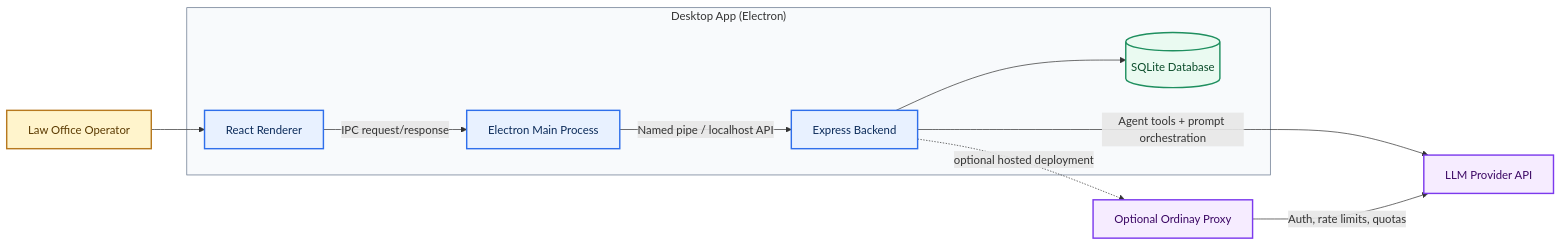
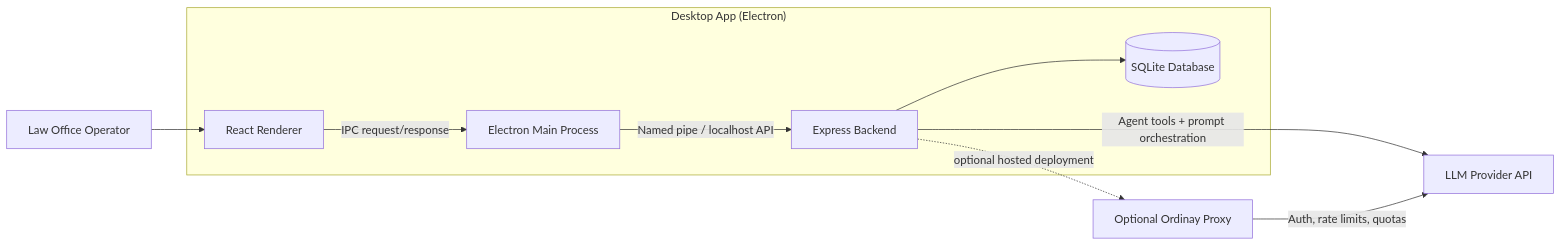
One commit to mootezaloui/ordinay-legacy changed the first of 5 diagrams in docs/ARCHITECTURE_DIAGRAMS.md. Above: the diagram before and after it, drawn with Mermaid. The commit also changed other lines of this file and 1 other file, not shown here.

Commit message:
Remove mermaid styling and rect blocks
Strip colored rect groupings and mermaid class/style definitions from docs/APP_LOGIC_USE_CASES.md and docs/ARCHITECTURE_DIAGRAMS.md. The changes remove visual styling (rect ... end blocks, classDef/class assignments, and a style line) to simplify the diagram markup and reduce rendering/visual noise.

````diff
--- a/docs/ARCHITECTURE_DIAGRAMS.md
+++ b/docs/ARCHITECTURE_DIAGRAMS.md
@@ -5,33 +5,22 @@
 ```mermaid
 flowchart LR
     User["Law Office Operator"]
 
     subgraph Desktop["Desktop App (Electron)"]
         R["React Renderer"]
         M["Electron Main Process"]
         B["Express Backend"]
         DB[("SQLite Database")]
     end
 
     Proxy["Optional Ordinay Proxy"]
     LLM["LLM Provider API"]
 
     User --> R
     R -->|IPC request/response| M
     M -->|Named pipe / localhost API| B
     B --> DB
     B -->|Agent tools + prompt orchestration| LLM
     B -. optional hosted deployment .-> Proxy
     Proxy -->|Auth, rate limits, quotas| LLM
-
-    classDef actor fill:#FFF4CC,stroke:#B7791F,color:#5B3A00,stroke-width:2px;
-    classDef app fill:#E8F1FF,stroke:#2F6FEB,color:#0A2A59,stroke-width:2px;
-    classDef data fill:#EAFAF1,stroke:#1F8F5F,color:#0A4C2A,stroke-width:2px;
-    classDef external fill:#F6ECFF,stroke:#7C3AED,color:#3B0764,stroke-width:2px;
-
-    class User actor;
-    class R,M,B app;
-    class DB data;
-    class Proxy,LLM external;
-    style Desktop fill:#F8FAFC,stroke:#64748B,stroke-width:1px;
 ```
````
